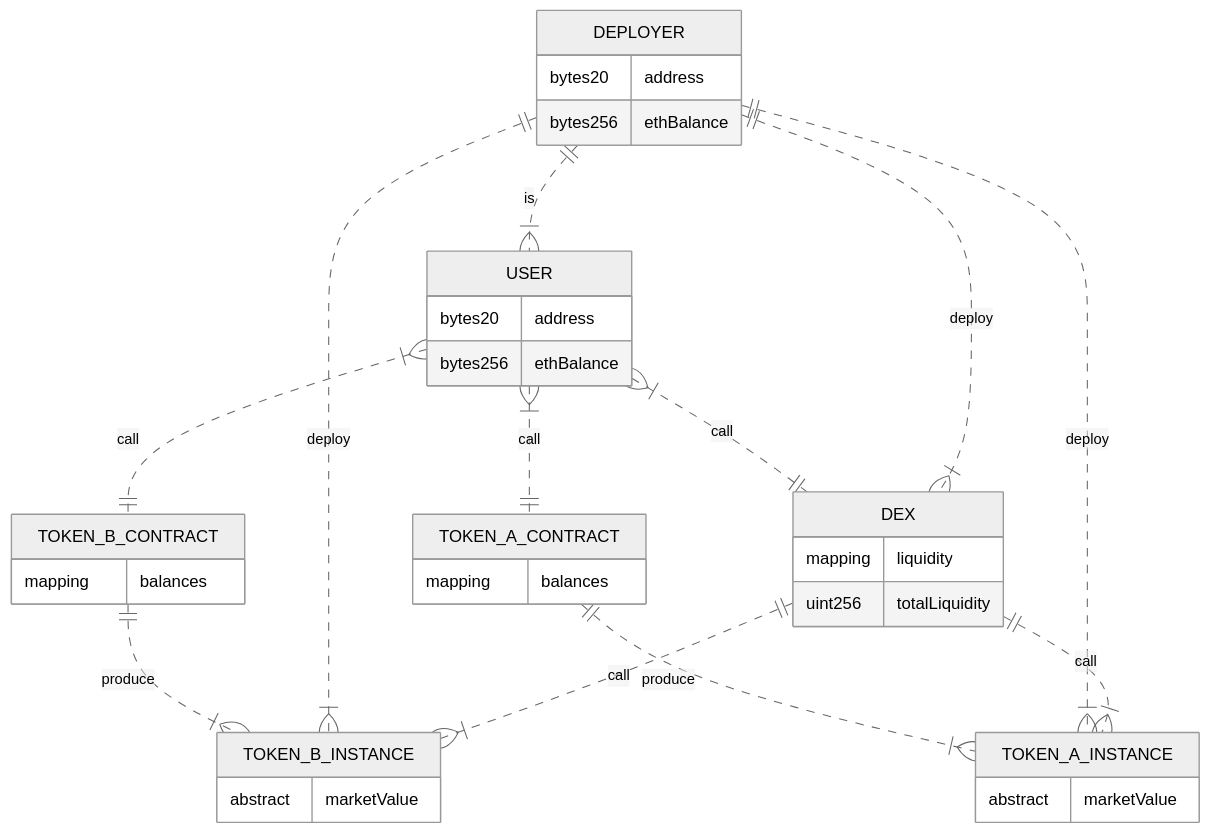
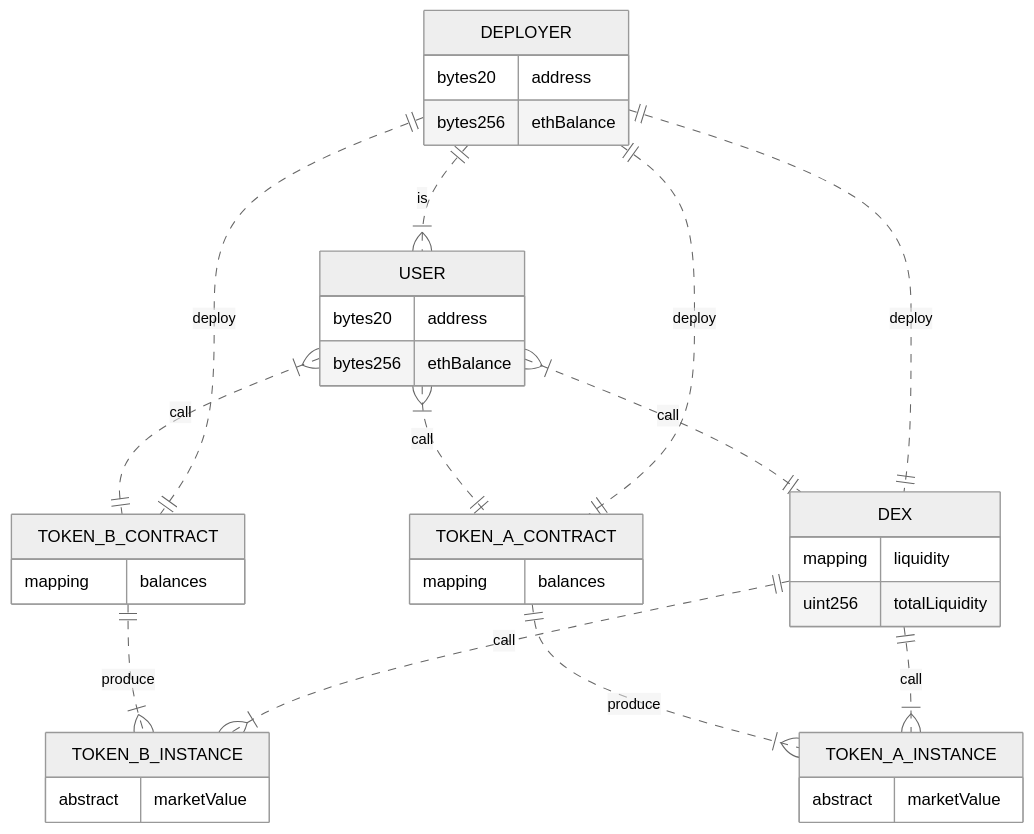
The diagram in diagrams/ERD.md (vasemkin/dex), drawn with Mermaid (neutral theme) before and after one commit.

Commit message:
fix er diagram

````diff
--- a/diagrams/ERD.md
+++ b/diagrams/ERD.md
@@ -1,49 +1,49 @@
 ```mermaid
 erDiagram
     USER }|..|| TOKEN_A_CONTRACT : call
     USER }|..|| TOKEN_B_CONTRACT : call
     USER }|..|| DEX : call
 
     USER {
         bytes20 address
         bytes256 ethBalance
     }
 
     TOKEN_A_CONTRACT {
         mapping balances
     }
 
     TOKEN_B_CONTRACT {
         mapping balances
     }
 
     TOKEN_A_CONTRACT ||..|{ TOKEN_A_INSTANCE: produce
     TOKEN_B_CONTRACT ||..|{ TOKEN_B_INSTANCE: produce
 
     TOKEN_A_INSTANCE {
         abstract marketValue
     }
 
     TOKEN_B_INSTANCE {
         abstract marketValue
     }
 
-    DEPLOYER ||..|{ TOKEN_B_INSTANCE: deploy
-    DEPLOYER ||..|{ TOKEN_A_INSTANCE: deploy
-    DEPLOYER ||..|{ DEX: deploy
+    DEPLOYER ||..|| TOKEN_B_CONTRACT: deploy
+    DEPLOYER ||..|| TOKEN_A_CONTRACT: deploy
+    DEPLOYER ||..|| DEX: deploy
 
     DEPLOYER {
         bytes20 address
         bytes256 ethBalance
     }
 
     DEPLOYER ||..|{ USER: is
 
     DEX ||..|{ TOKEN_B_INSTANCE: call
     DEX ||..|{ TOKEN_A_INSTANCE: call
 
     DEX {
         mapping liquidity
         uint256 totalLiquidity
     }
 ```
````
